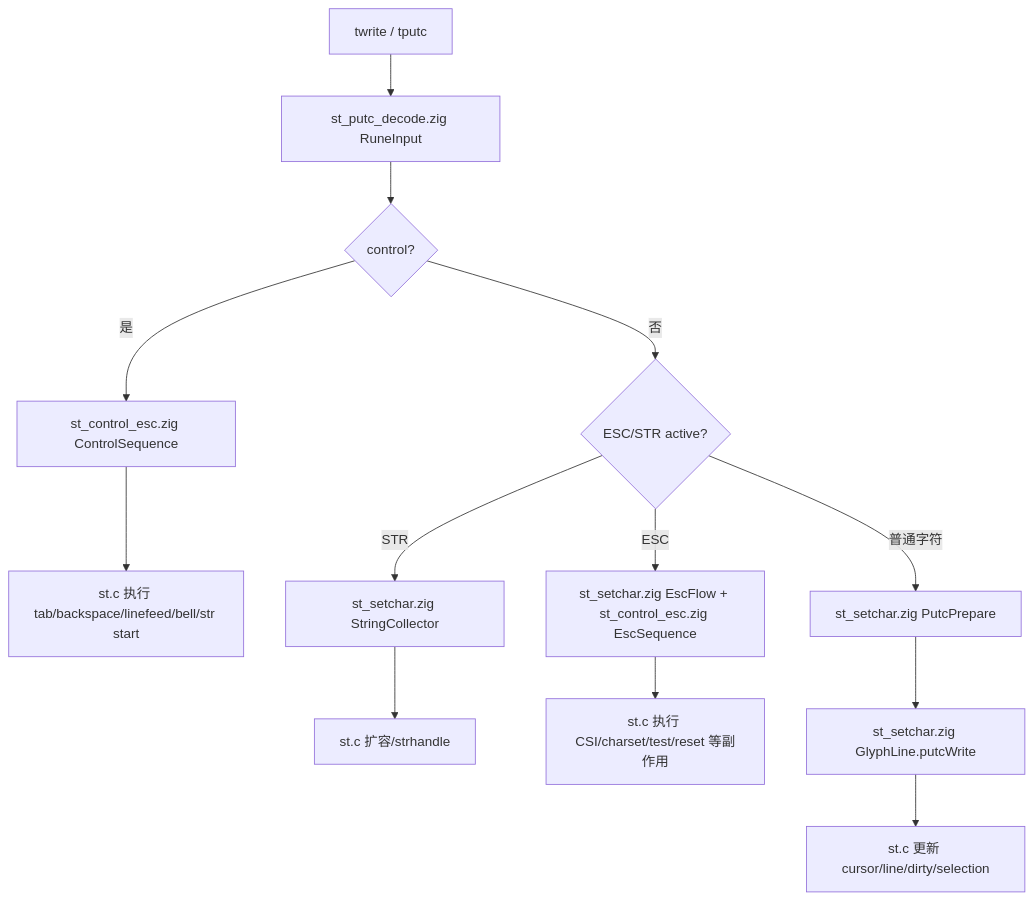
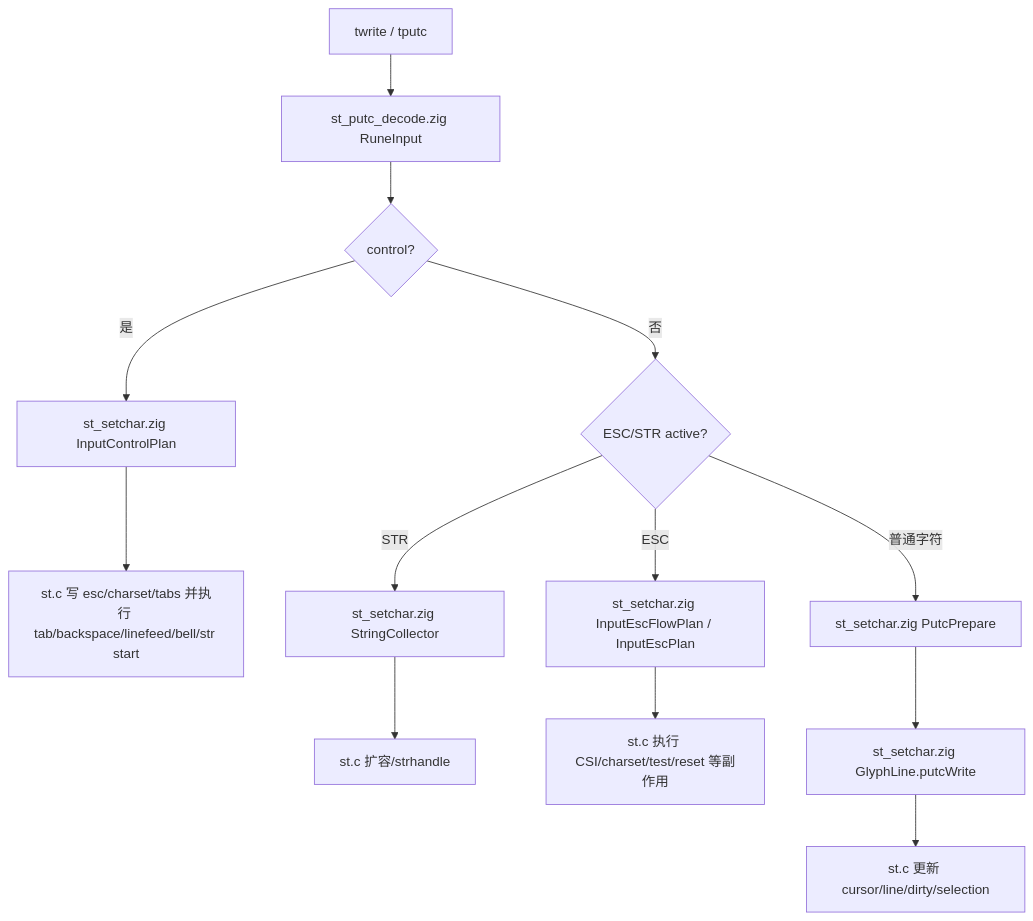
One commit to zdzDesigner/st changed the third of 9 diagrams in docs/architecture-flow.md. Above: the diagram before and after it, drawn with Mermaid. The commit also changed other lines of this file and 7 other files, not shown here.

````diff
--- a/docs/architecture-flow.md
+++ b/docs/architecture-flow.md
@@ -74,15 +74,15 @@
 ```mermaid
 flowchart TD
     Read[twrite / tputc] --> Decode[st_putc_decode.zig RuneInput]
     Decode --> Control{control?}
-    Control -->|是| ControlExec[st_control_esc.zig ControlSequence]
-    ControlExec --> CControl[st.c 执行 tab/backspace/linefeed/bell/str start]
+    Control -->|是| ControlExec[st_setchar.zig InputControlPlan]
+    ControlExec --> CControl[st.c 写 esc/charset/tabs 并执行 tab/backspace/linefeed/bell/str start]
     Control -->|否| Esc{ESC/STR active?}
     Esc -->|STR| Collect[st_setchar.zig StringCollector]
     Collect --> CString[st.c 扩容/strhandle]
-    Esc -->|ESC| EscFlow[st_setchar.zig EscFlow + st_control_esc.zig EscSequence]
+    Esc -->|ESC| EscFlow[st_setchar.zig InputEscFlowPlan / InputEscPlan]
     EscFlow --> CEsc[st.c 执行 CSI/charset/test/reset 等副作用]
     Esc -->|普通字符| Prepare[st_setchar.zig PutcPrepare]
     Prepare --> Write[st_setchar.zig GlyphLine.putcWrite]
     Write --> CWrite[st.c 更新 cursor/line/dirty/selection]
 ```
````
